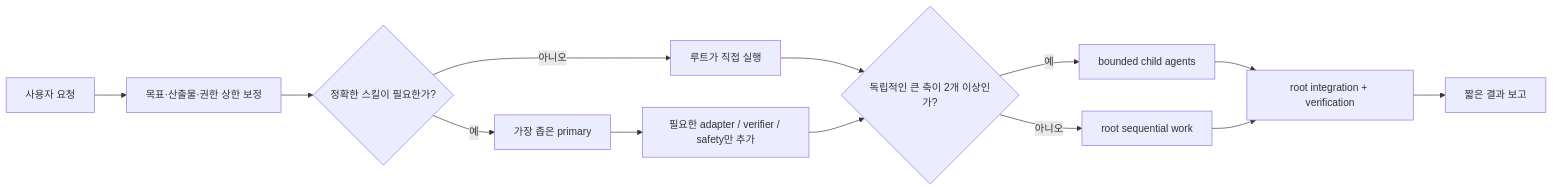
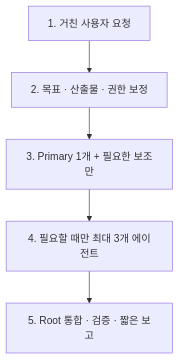
Before and after one commit to Seung-Won-Yu/codex-agent-kit: the diagram in README.md, drawn with Mermaid. The commit also changed other lines of this file, not shown here.

````diff
--- a/README.md
+++ b/README.md
@@ -77,15 +79,7 @@
 ```mermaid
-flowchart LR
-  A["사용자 요청"] --> B["목표·산출물·권한 상한 보정"]
-  B --> C{"정확한 스킬이 필요한가?"}
-  C -- "아니오" --> D["루트가 직접 실행"]
-  C -- "예" --> E["가장 좁은 primary"]
-  E --> F["필요한 adapter / verifier / safety만 추가"]
-  D --> G{"독립적인 큰 축이 2개 이상인가?"}
-  F --> G
-  G -- "예" --> H["bounded child agents"]
-  G -- "아니오" --> I["root sequential work"]
-  H --> J["root integration + verification"]
-  I --> J
-  J --> K["짧은 결과 보고"]
+flowchart TD
+  A["1. 거친 사용자 요청"] --> B["2. 목표 · 산출물 · 권한 보정"]
+  B --> C["3. Primary 1개 + 필요한 보조만"]
+  C --> D["4. 필요할 때만 최대 3개 에이전트"]
+  D --> E["5. Root 통합 · 검증 · 짧은 보고"]
 ```
````
